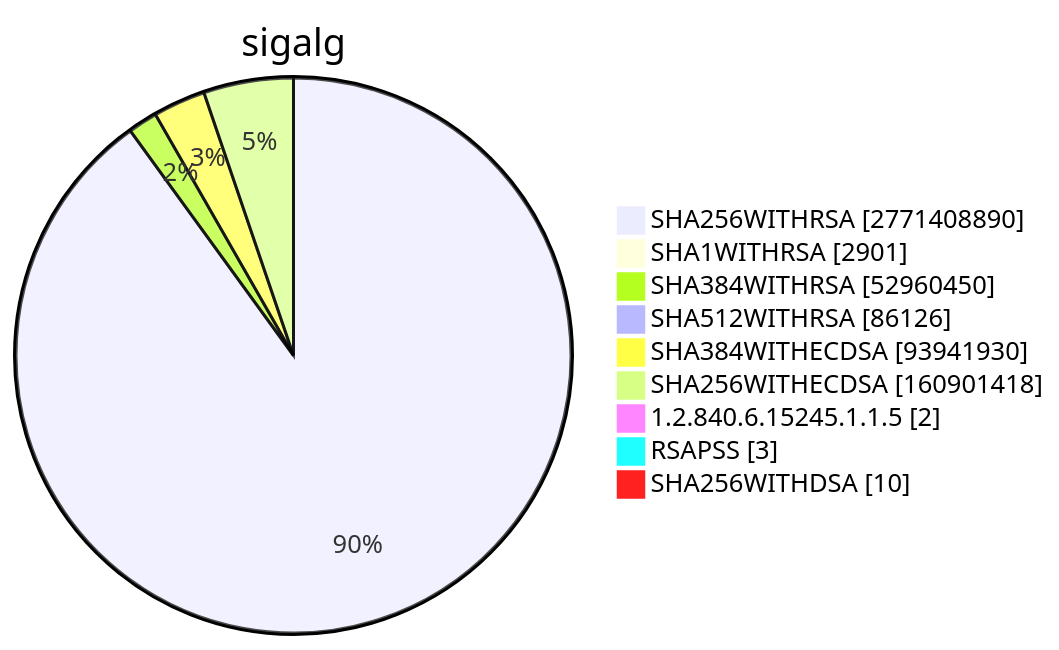
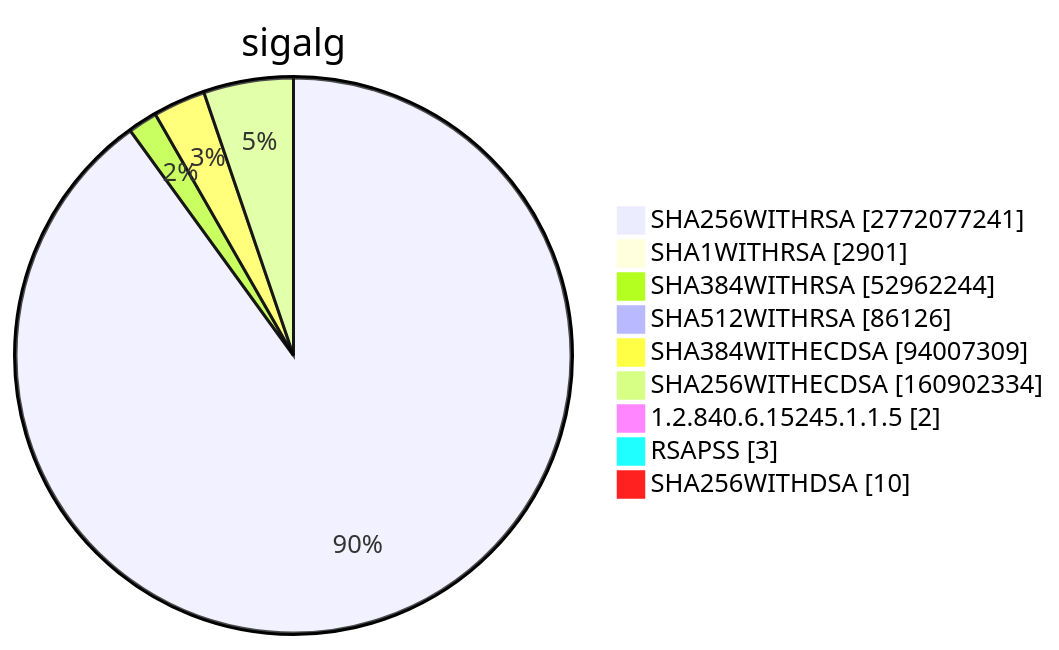
One commit to christiankrug/ctmonitor_visualization changed diagram 15 of 15 in TOTAL/README.md. Above: the diagram before and after it, drawn with Mermaid. The commit also changed other lines of this file, not shown here.

````diff
--- a/TOTAL/README.md
+++ b/TOTAL/README.md
@@ -6207,13 +6207,13 @@
 ```mermaid
 pie showData
 title sigalg
-"SHA256WITHRSA" :2771408890
+"SHA256WITHRSA" :2772077241
 "SHA1WITHRSA" :2901
-"SHA384WITHRSA" :52960450
+"SHA384WITHRSA" :52962244
 "SHA512WITHRSA" :86126
-"SHA384WITHECDSA" :93941930
-"SHA256WITHECDSA" :160901418
+"SHA384WITHECDSA" :94007309
+"SHA256WITHECDSA" :160902334
 "1.2.840.6.15245.1.1.5" :2
 "RSAPSS" :3
 "SHA256WITHDSA" :10
 ```
````
